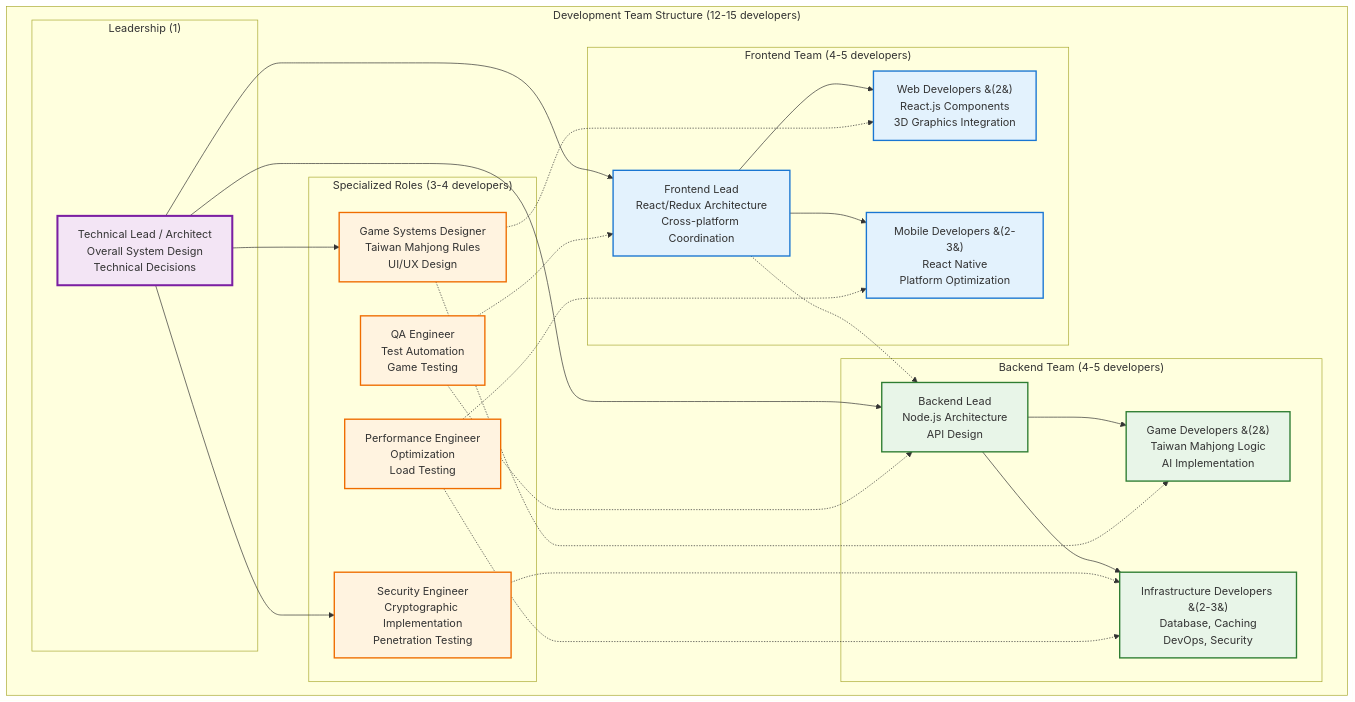
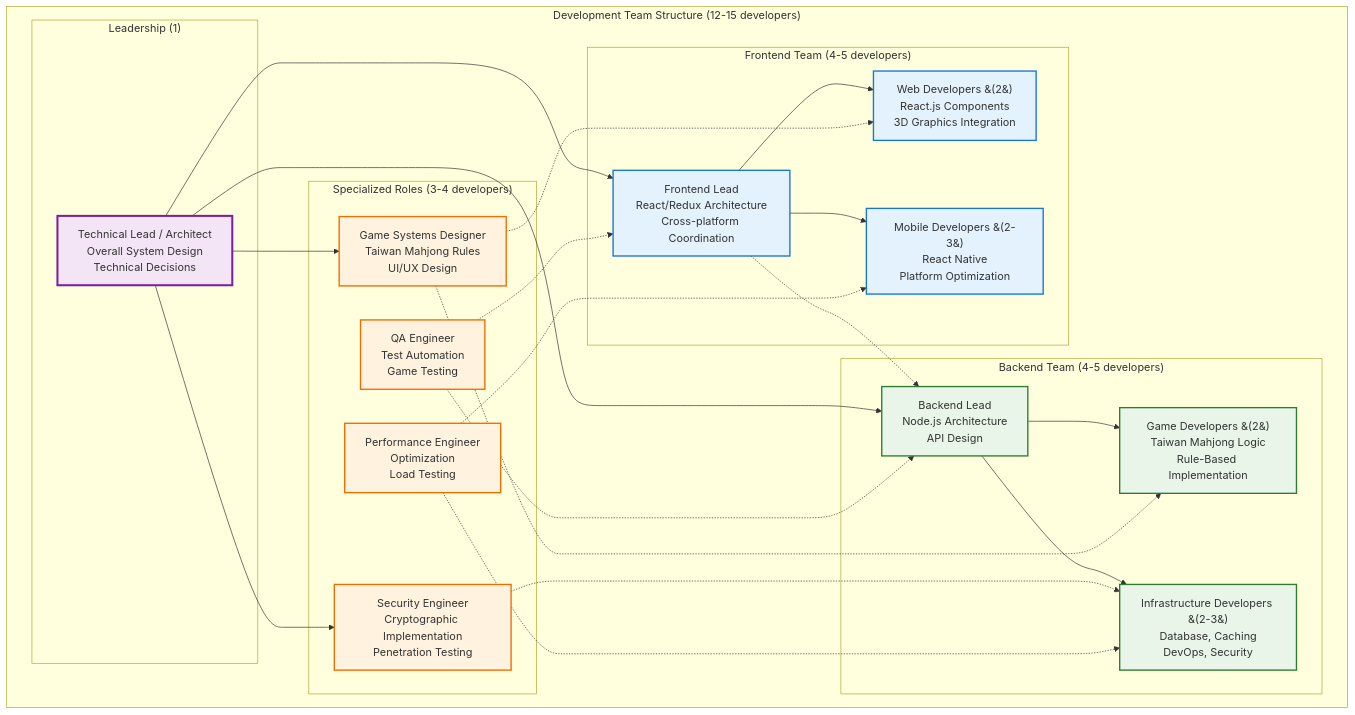
One commit to cloudaipro/tai_mahjong changed diagram 19 of 23 in docs/system-architecture-and-design.md. Above: the diagram before and after it, drawn with Mermaid. The commit also changed other lines of this file and 9 other files, not shown here.

````diff
--- a/docs/system-architecture-and-design.md
+++ b/docs/system-architecture-and-design.md
@@ -2189,59 +2191,59 @@
 ```mermaid
 graph TB
     subgraph "Development Team Structure (12-15 developers)"
         subgraph "Frontend Team (4-5 developers)"
             FE_LEAD[Frontend Lead<br/>React/Redux Architecture<br/>Cross-platform Coordination]
             FE_WEB[Web Developers &#40;2&#41;<br/>React.js Components<br/>3D Graphics Integration]
             FE_MOBILE[Mobile Developers &#40;2-3&#41;<br/>React Native<br/>Platform Optimization]
         end
         
         subgraph "Backend Team (4-5 developers)"
             BE_LEAD[Backend Lead<br/>Node.js Architecture<br/>API Design]
-            BE_GAME[Game Developers &#40;2&#41;<br/>Taiwan Mahjong Logic<br/>AI Implementation]
+            BE_GAME[Game Developers &#40;2&#41;<br/>Taiwan Mahjong Logic<br/>Rule-Based Implementation]
             BE_INFRA[Infrastructure Developers &#40;2-3&#41;<br/>Database, Caching<br/>DevOps, Security]
         end
         
         subgraph "Specialized Roles (3-4 developers)"
             GAME_DESIGNER[Game Systems Designer<br/>Taiwan Mahjong Rules<br/>UI/UX Design]
             SECURITY_ENG[Security Engineer<br/>Cryptographic Implementation<br/>Penetration Testing]
             PERF_ENG[Performance Engineer<br/>Optimization<br/>Load Testing]
             QA_ENG[QA Engineer<br/>Test Automation<br/>Game Testing]
         end
         
         subgraph "Leadership (1)"
             TECH_LEAD[Technical Lead / Architect<br/>Overall System Design<br/>Technical Decisions]
         end
     end
     
     %% Reporting Structure
     TECH_LEAD --> FE_LEAD
     TECH_LEAD --> BE_LEAD
     TECH_LEAD --> GAME_DESIGNER
     TECH_LEAD --> SECURITY_ENG
     
     FE_LEAD --> FE_WEB
     FE_LEAD --> FE_MOBILE
     
     BE_LEAD --> BE_GAME
     BE_LEAD --> BE_INFRA
     
     %% Cross-team Collaboration
     FE_LEAD -.-> BE_LEAD
     GAME_DESIGNER -.-> FE_WEB
     GAME_DESIGNER -.-> BE_GAME
     SECURITY_ENG -.-> BE_INFRA
     PERF_ENG -.-> FE_MOBILE
     PERF_ENG -.-> BE_INFRA
     QA_ENG -.-> FE_LEAD
     QA_ENG -.-> BE_LEAD
     
     classDef frontend fill:#e3f2fd,stroke:#1976d2,stroke-width:2px
     classDef backend fill:#e8f5e8,stroke:#2e7d32,stroke-width:2px
     classDef specialist fill:#fff3e0,stroke:#ef6c00,stroke-width:2px
     classDef leadership fill:#f3e5f5,stroke:#7b1fa2,stroke-width:3px
     
     class FE_LEAD,FE_WEB,FE_MOBILE frontend
     class BE_LEAD,BE_GAME,BE_INFRA backend
     class GAME_DESIGNER,SECURITY_ENG,PERF_ENG,QA_ENG specialist
     class TECH_LEAD leadership
 ```
````
